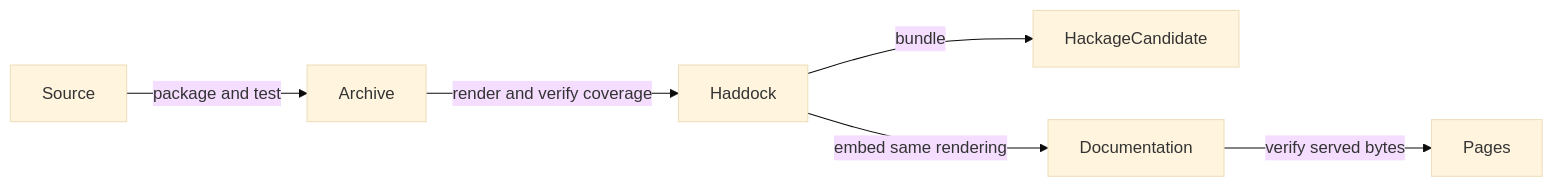
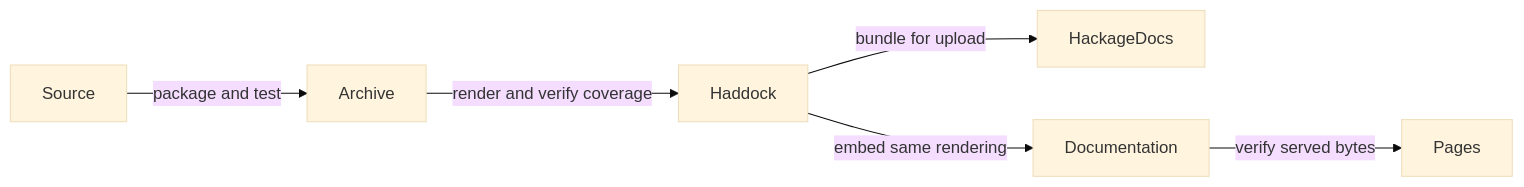
One commit to lambdasistemi/tasty-bdd changed the diagram in docs/api.md. Above: the diagram before and after it, drawn with Mermaid (base theme). The commit also changed other lines of this file and 5 other files, not shown here.

````diff
--- a/docs/api.md
+++ b/docs/api.md
@@ -20,8 +20,8 @@
 ```mermaid
 flowchart LR
   Source -->|package and test| Archive
   Archive -->|render and verify coverage| Haddock
-  Haddock -->|bundle| HackageCandidate
+  Haddock -->|bundle for upload| HackageDocs
   Haddock -->|embed same rendering| Documentation
   Documentation -->|verify served bytes| Pages
 ```
````
